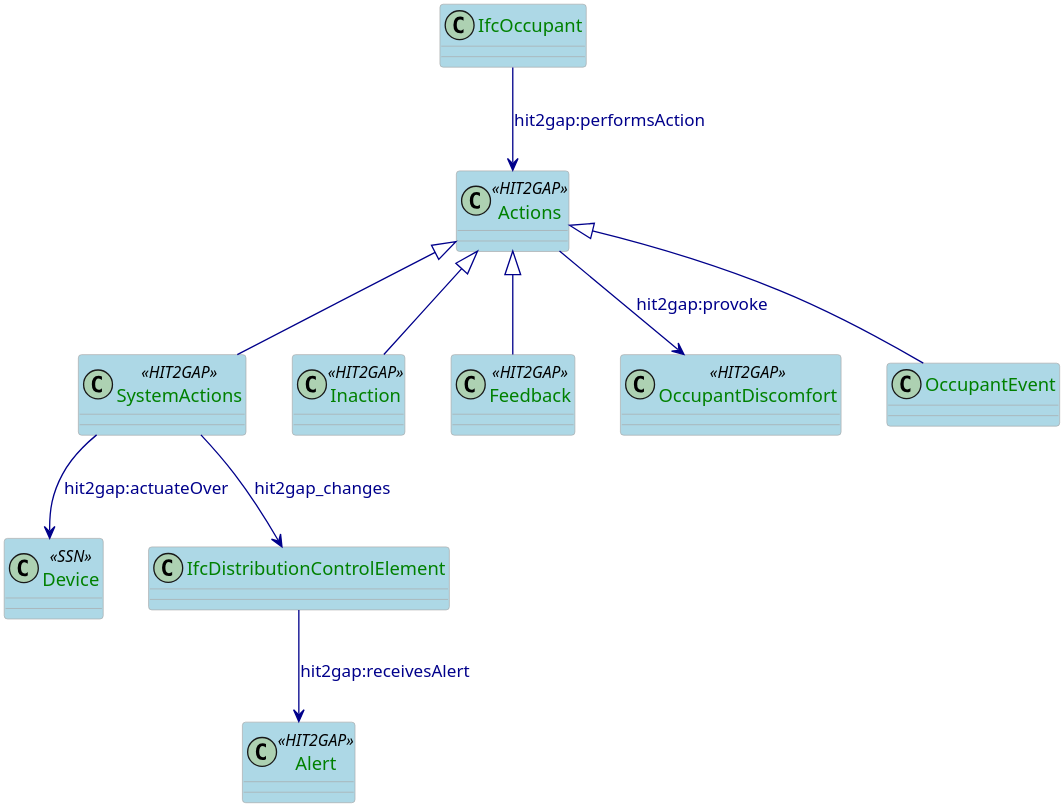
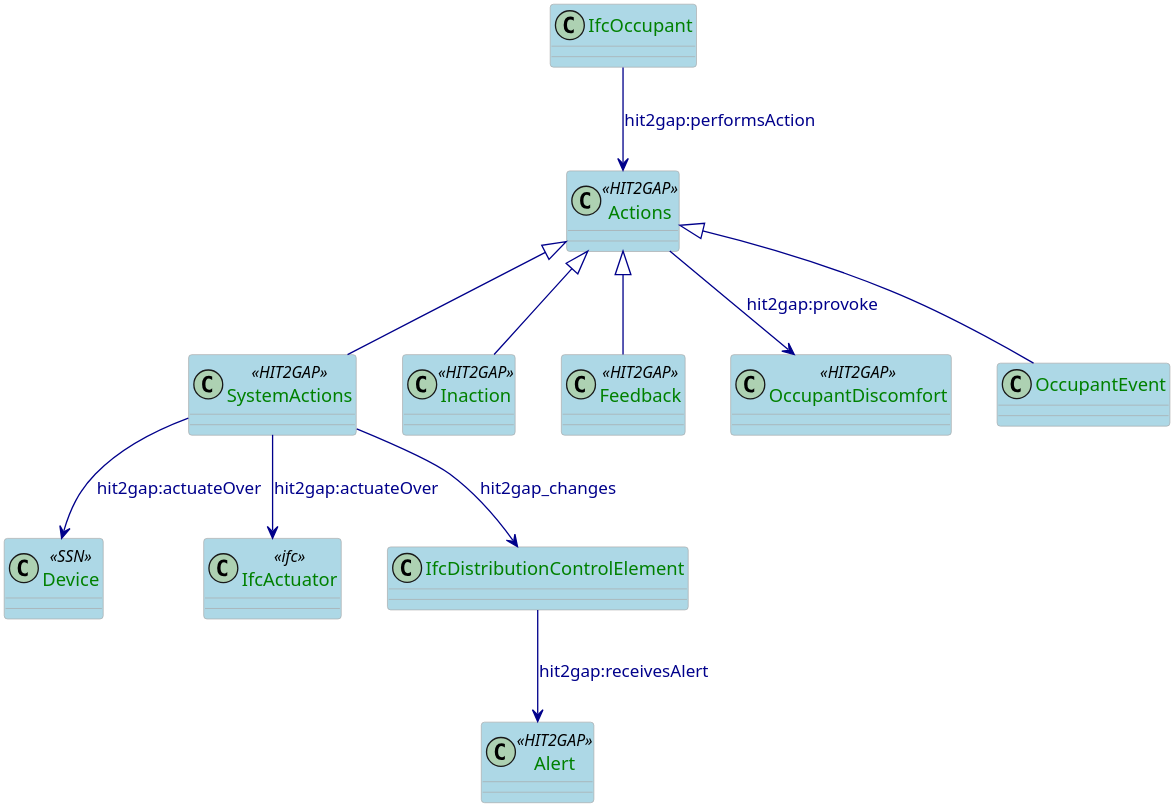
One commit to HIT2GAP-EU-PROJECT/BEMOnt changed the diagram in docs/plantuml/ActionSpecification.puml. Above: the diagram before and after it, drawn with PlantUML. The commit also changed 2 other files, not shown here.

```diff
--- a/docs/plantuml/ActionSpecification.puml
+++ b/docs/plantuml/ActionSpecification.puml
@@ -1,54 +1,57 @@
 @startuml
 
 skinparam class {
   ArrowColor DarkBlue
   ArrowFontColor DarkBlue
   BackgroundColor LightBlue
   BorderColor DarkGrey
 }
 skinparam dpi 300
 skinparam stereotypeCBackgroundColor Wheat
 skinparam classAttributeFontColor  Green
 
 class Actions <<HIT2GAP>>{
 
 }
 
 class SystemActions<<HIT2GAP>>{
 
 }
 
 class Device <<SSN>>{
 
 }
 
 class Alert <<HIT2GAP>>{
 
 }
 
 class Inaction <<HIT2GAP>>{
 
 }
 
 class Feedback <<HIT2GAP>>{
 
 }
 
 
 class OccupantDiscomfort <<HIT2GAP>>{
 
 }
 
+class IfcActuator <<ifc>>
+
 Actions <|-- SystemActions
 Actions <|-- Inaction
 
 Actions <|-- Feedback
 Actions <|-- OccupantEvent
 
 Actions --> OccupantDiscomfort: hit2gap:provoke
 SystemActions --> IfcDistributionControlElement:hit2gap_changes
 IfcDistributionControlElement --> Alert: hit2gap:receivesAlert
 SystemActions --> Device: hit2gap:actuateOver
+SystemActions --> IfcActuator: hit2gap:actuateOver
 IfcOccupant --> Actions: hit2gap:performsAction
 
 @enduml
```
